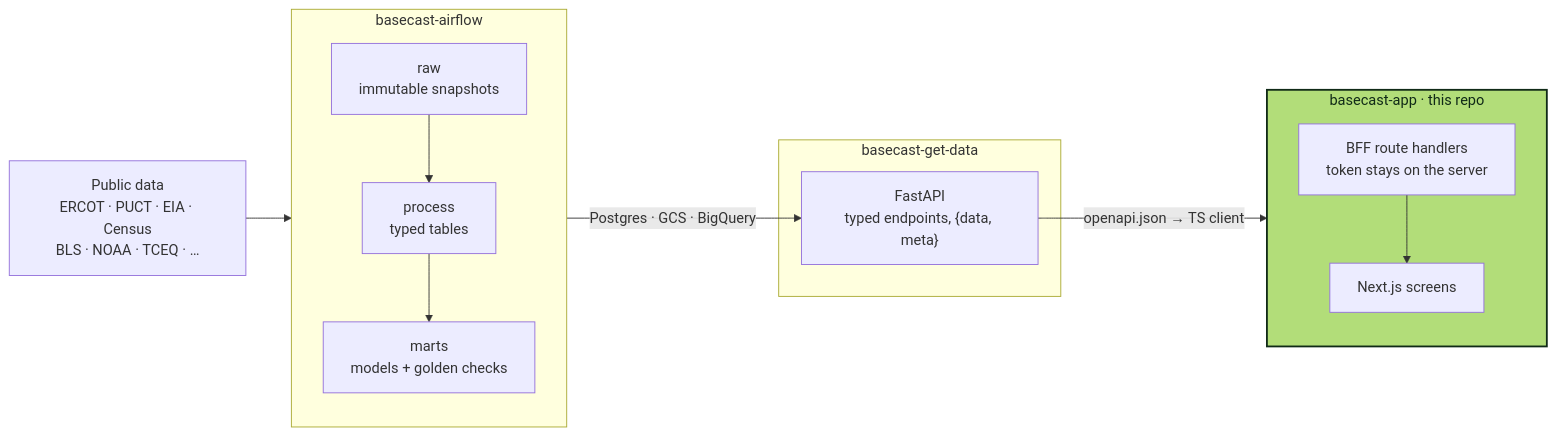
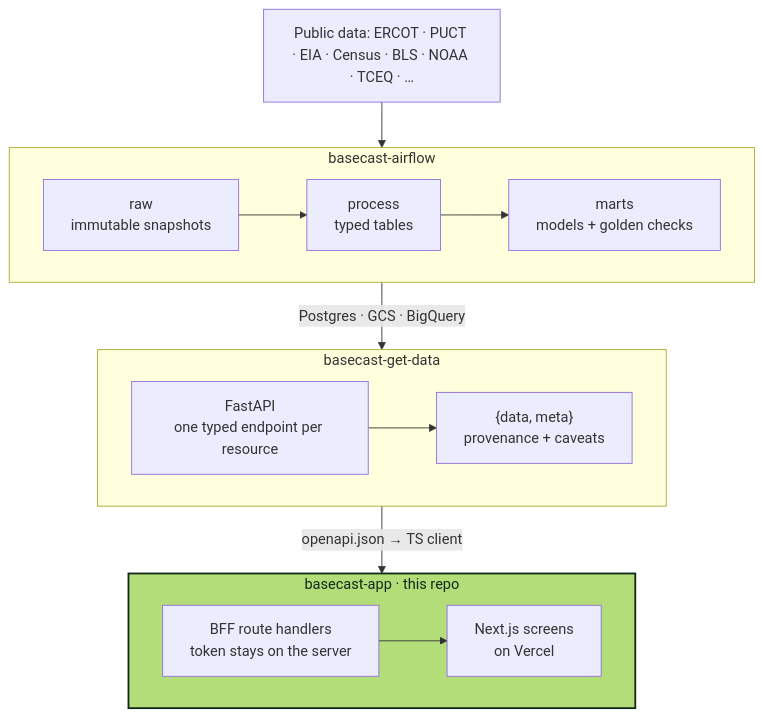
Before and after one commit to brennerpablo/basecast-app: the diagram in README.md, drawn with Mermaid. The commit also changed 2 other files, not shown here.

Commit message:
docs(readme): diagram in stacked rows, Explorer shot framed on the map

````diff
--- a/README.md
+++ b/README.md
@@ -84,24 +84,25 @@
 ```mermaid
-flowchart LR
-  src["Public data<br/>ERCOT · PUCT · EIA · Census<br/>BLS · NOAA · TCEQ · …"]
+flowchart TB
+  src["Public data: ERCOT · PUCT · EIA · Census · BLS · NOAA · TCEQ · …"]
 
   subgraph airflow["basecast-airflow"]
-    direction TB
+    direction LR
     raw["raw<br/>immutable snapshots"] --> process["process<br/>typed tables"] --> marts["marts<br/>models + golden checks"]
   end
 
   subgraph getdata["basecast-get-data"]
-    api["FastAPI<br/>typed endpoints, {data, meta}"]
+    direction LR
+    api["FastAPI<br/>one typed endpoint per resource"] --> meta["{data, meta}<br/>provenance + caveats"]
   end
 
   subgraph app["basecast-app · this repo"]
-    direction TB
-    bff["BFF route handlers<br/>token stays on the server"] --> ui["Next.js screens"]
+    direction LR
+    bff["BFF route handlers<br/>token stays on the server"] --> ui["Next.js screens<br/>on Vercel"]
   end
 
-  src --> raw
-  marts -- "Postgres · GCS · BigQuery" --> api
-  api -- "openapi.json → TS client" --> bff
+  src --> airflow
+  airflow -- "Postgres · GCS · BigQuery" --> getdata
+  getdata -- "openapi.json → TS client" --> app
 
   style app fill:#b2dd79,stroke:#102a17,stroke-width:2px,color:#102a17
 ```
````
